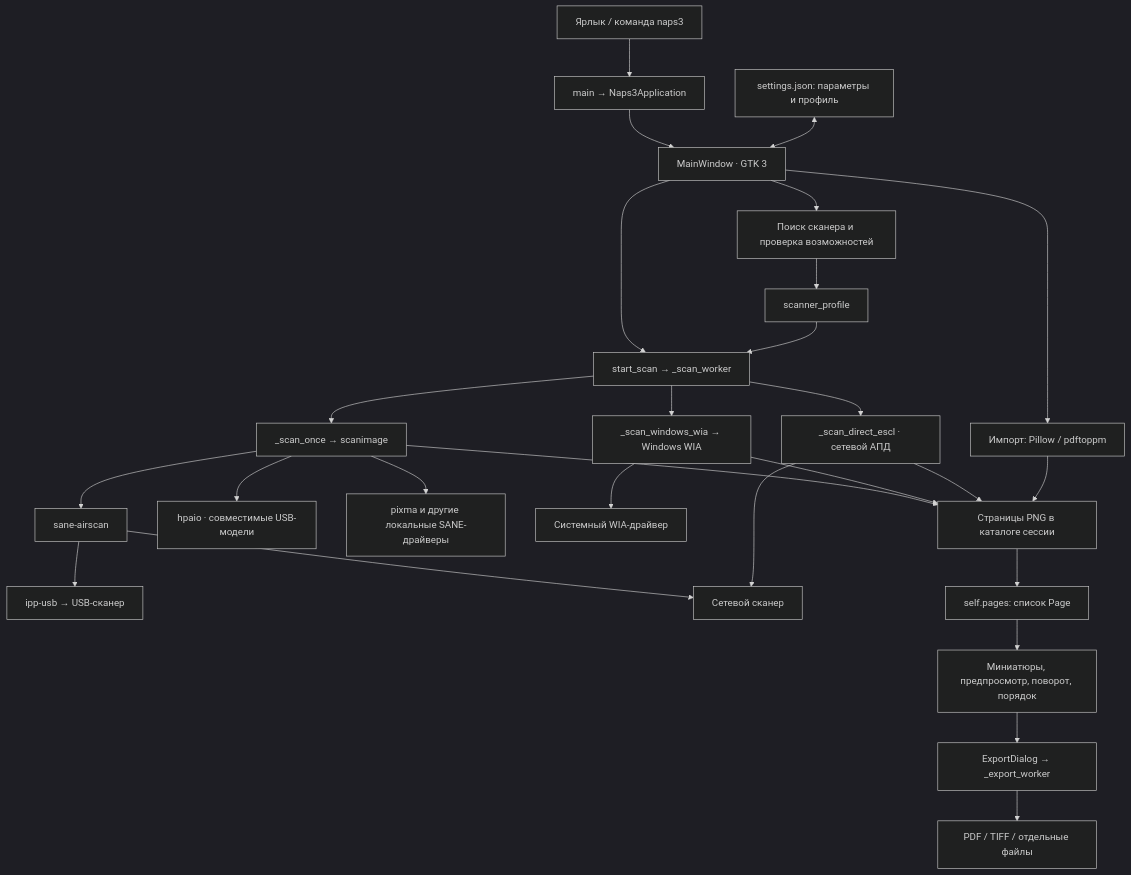
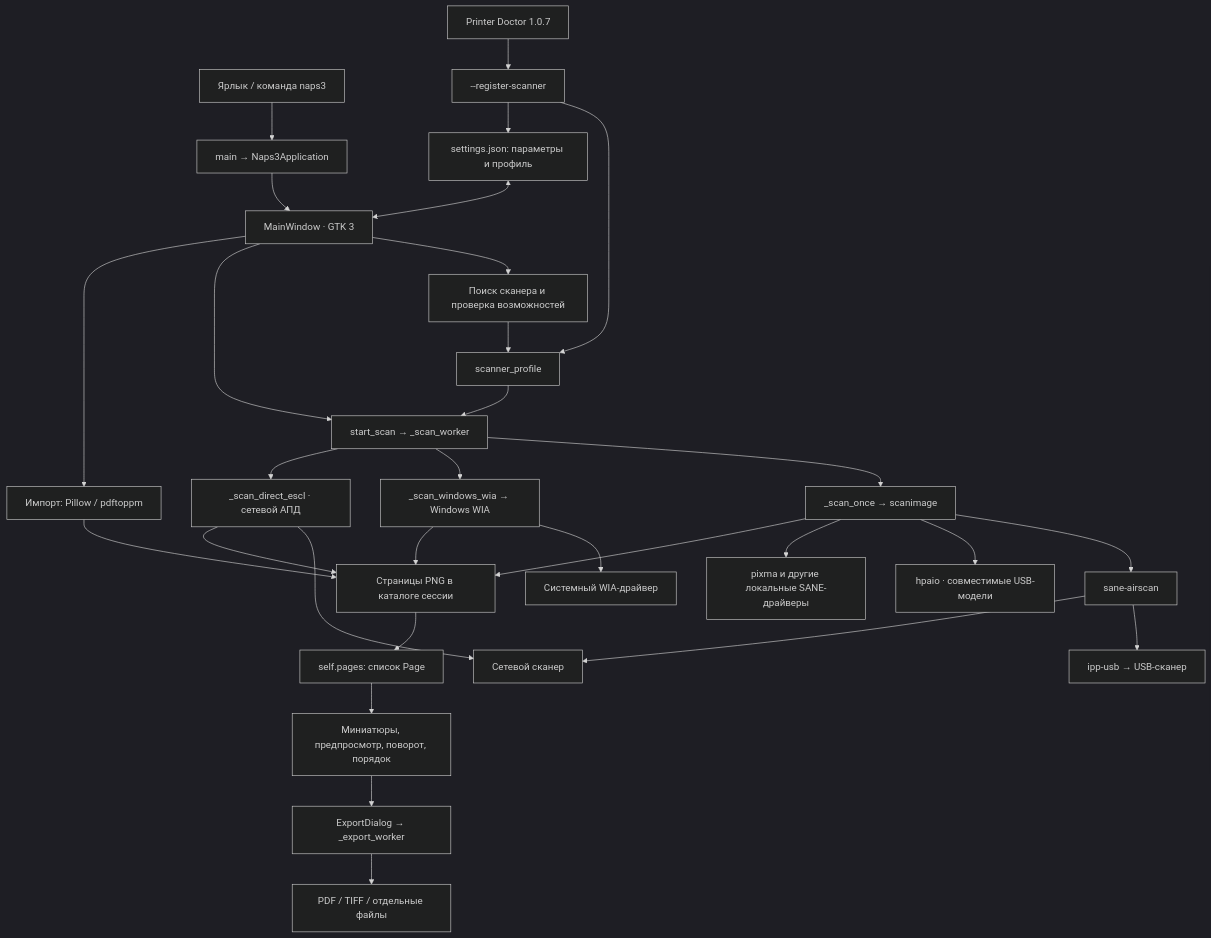
Before and after one commit to Kostya5232/naps3-redos: the first of 3 diagrams in PROGRAM_MAP.md, drawn with Mermaid (dark theme). The commit also changed other lines of this file and 9 other files, not shown here.

Commit message:
feat: integrate scanner profiles with Printer Doctor

````diff
--- a/PROGRAM_MAP.md
+++ b/PROGRAM_MAP.md
@@ -13,29 +13,32 @@
 ```mermaid
 flowchart TD
     Launch["Ярлык / команда naps3"] --> Main["main → Naps3Application"]
+    Doctor["Printer Doctor 1.0.7"] --> Register["--register-scanner"]
+    Register --> Profile
+    Register --> Settings
     Main --> UI["MainWindow · GTK 3"]
     Settings["settings.json: параметры и профиль"] <--> UI
     UI --> Discovery["Поиск сканера и проверка возможностей"]
     Discovery --> Profile["scanner_profile"]
     UI --> Scan["start_scan → _scan_worker"]
     Profile --> Scan
     Scan --> SANE["_scan_once → scanimage"]
     Scan --> WIA["_scan_windows_wia → Windows WIA"]
     Scan --> ESCL["_scan_direct_escl · сетевой АПД"]
     SANE --> Airscan["sane-airscan"]
     SANE --> Hpaio["hpaio · совместимые USB-модели"]
     SANE --> Vendor["pixma и другие локальные SANE-драйверы"]
     Airscan --> Proxy["ipp-usb → USB-сканер"]
     Airscan --> Network["Сетевой сканер"]
     ESCL --> Network
     WIA --> WinDriver["Системный WIA-драйвер"]
     SANE --> PNG["Страницы PNG в каталоге сессии"]
     WIA --> PNG
     ESCL --> PNG
     UI --> Import["Импорт: Pillow / pdftoppm"]
     Import --> PNG
     PNG --> Pages["self.pages: список Page"]
     Pages --> Edit["Миниатюры, предпросмотр, поворот, порядок"]
     Edit --> Export["ExportDialog → _export_worker"]
     Export --> Files["PDF / TIFF / отдельные файлы"]
 ```
````
